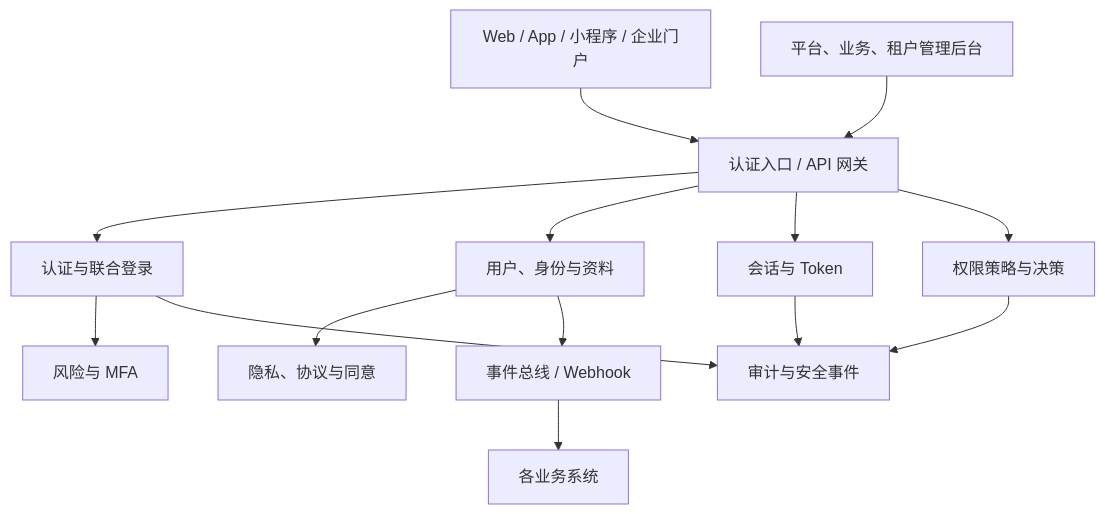
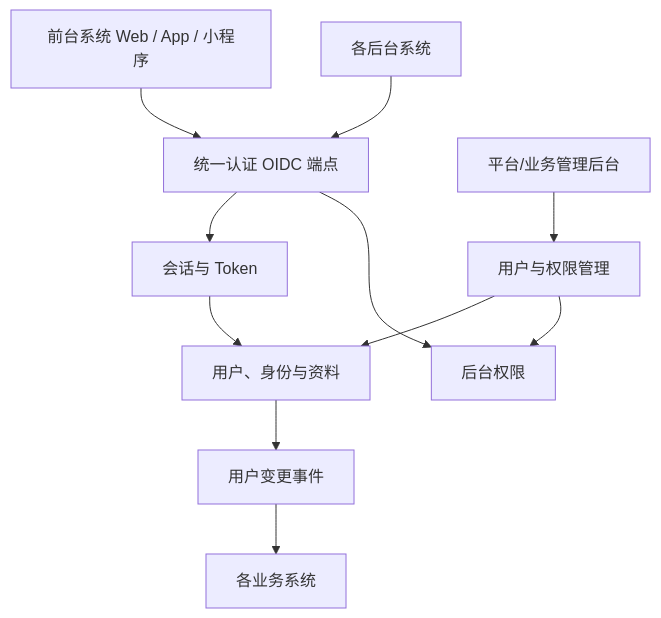
The third of 3 diagrams in docs/统一用户管理平台系统能力地图.md (kyssion/k_user_center), drawn with Mermaid before and after one commit. The commit also changed other lines of this file, not shown here.

```diff
--- a/docs/统一用户管理平台系统能力地图.md
+++ b/docs/统一用户管理平台系统能力地图.md
@@ -1217,16 +454,12 @@
 ~~~mermaid
 flowchart TB
-    C["Web / App / 小程序 / 企业门户"] --> G["认证入口 / API 网关"]
-    G --> AUTH["认证与联合登录"]
-    G --> USER["用户、身份与资料"]
+    FE["前台系统 Web / App / 小程序"] --> G["统一认证 OIDC 端点"]
+    BE["各后台系统"] --> G
     G --> SESSION["会话与 Token"]
-    G --> AUTHZ["权限策略与决策"]
-    AUTH --> RISK["风险与 MFA"]
-    USER --> CONSENT["隐私、协议与同意"]
-    AUTH --> AUDIT["审计与安全事件"]
-    SESSION --> AUDIT
-    AUTHZ --> AUDIT
-    USER --> EVENT["事件总线 / Webhook"]
-    EVENT --> BIZ["各业务系统"]
-    ADMIN["平台、业务、租户管理后台"] --> G
+    SESSION --> USER["用户、身份与资料"]
+    G --> AUTHZ["后台权限"]
+    ADMIN["平台/业务管理后台"] --> M["用户与权限管理"]
+    M --> USER
+    M --> AUTHZ
+    USER --> EVENT["用户变更事件"] --> BIZ["各业务系统"]
 ~~~
```
